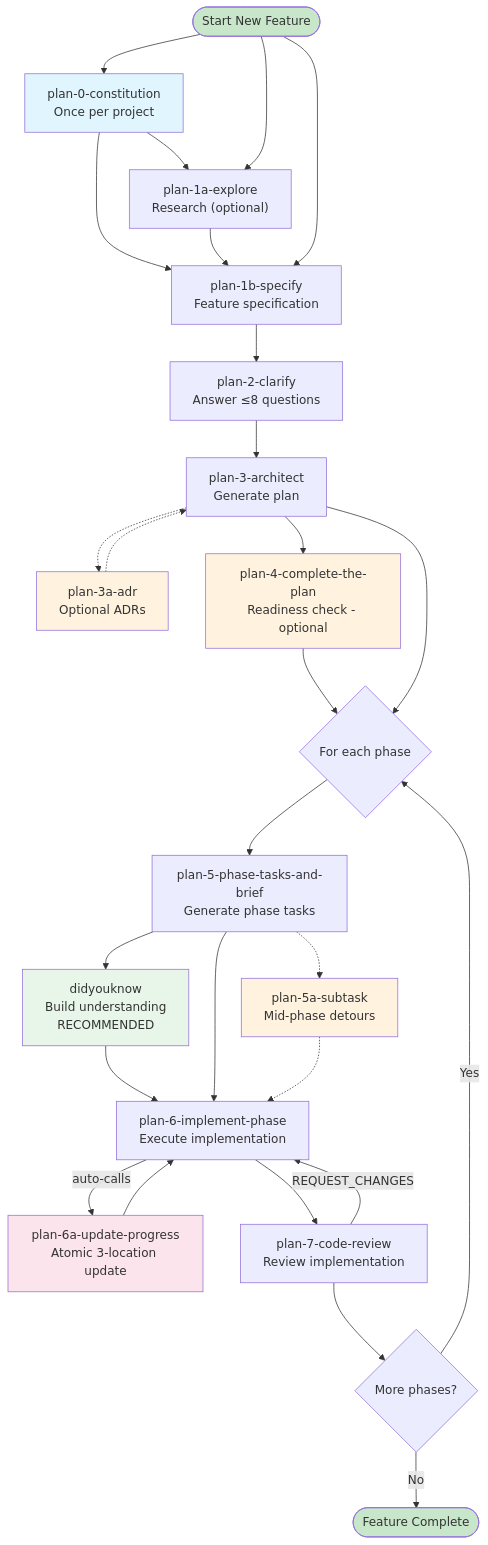
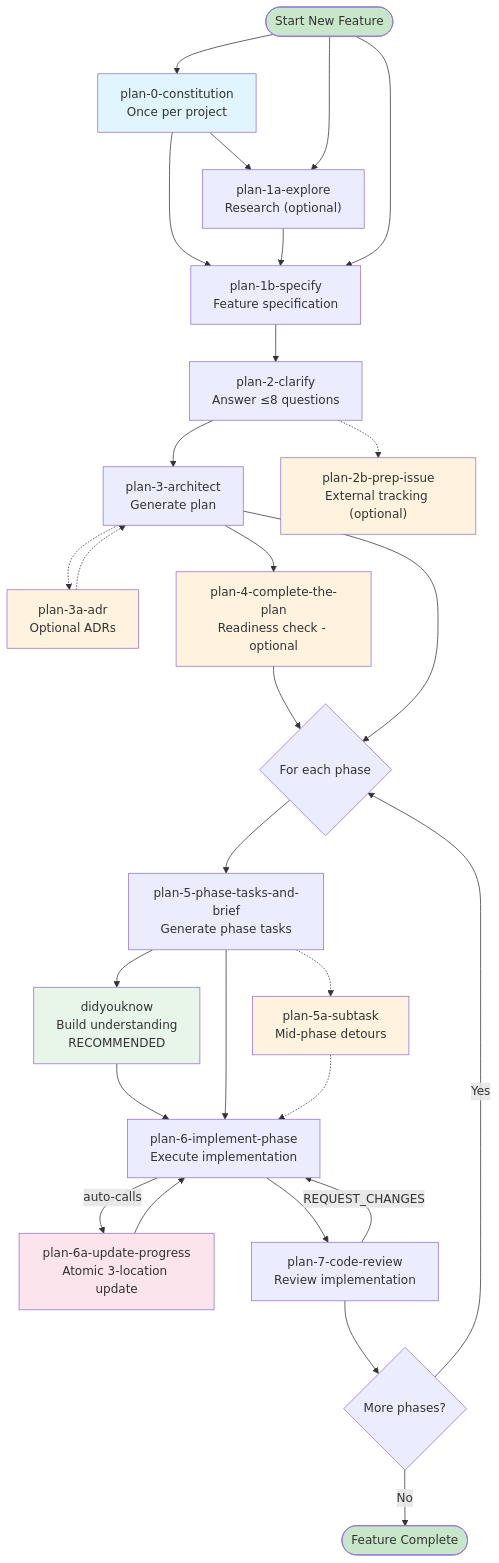
The second of 8 diagrams in agents/commands/README.md (jakkaj/tools), drawn with Mermaid before and after one commit. The commit also changed other lines of this file and 3 other files, not shown here.

Commit message:
feat: Add /plan-2b-prep-issue command to generate structured issue text for external tracking

````diff
--- a/agents/commands/README.md
+++ b/agents/commands/README.md
@@ -87,48 +87,50 @@
 ```mermaid
 graph TD
     Start([Start New Feature]) --> P0["plan-0-constitution<br/>Once per project"]
     P0 --> P1A["plan-1a-explore<br/>Research (optional)"]
     P0 --> P1B["plan-1b-specify<br/>Feature specification"]
     P1A --> P1B
     Start --> P1A
     Start --> P1B
 
     P1B --> P2["plan-2-clarify<br/>Answer ≤8 questions"]
     P2 --> P3["plan-3-architect<br/>Generate plan"]
 
+    P2 -.-> P2B["plan-2b-prep-issue<br/>External tracking (optional)"]
     P3 -.-> P3A["plan-3a-adr<br/>Optional ADRs"]
     P3A -.-> P3
 
     P3 --> P4["plan-4-complete-the-plan<br/>Readiness check - optional"]
     P4 --> PhaseLoop{For each phase}
     P3 --> PhaseLoop
 
     PhaseLoop --> P5["plan-5-phase-tasks-and-brief<br/>Generate phase tasks"]
 
     P5 --> DYK["didyouknow<br/>Build understanding<br/>RECOMMENDED"]
     DYK --> P6
     P5 --> P6["plan-6-implement-phase<br/>Execute implementation"]
 
     P5 -.-> P5A["plan-5a-subtask<br/>Mid-phase detours"]
     P5A -.-> P6
 
     P6 -->|auto-calls| P6A["plan-6a-update-progress<br/>Atomic 3-location update"]
     P6A --> P6
 
     P6 --> P7["plan-7-code-review<br/>Review implementation"]
 
     P7 --> NextPhase{More phases?}
     NextPhase -->|Yes| PhaseLoop
     NextPhase -->|No| End([Feature Complete])
 
     P7 -->|REQUEST_CHANGES| P6
 
     style P0 fill:#e1f5fe
+    style P2B fill:#fff3e0
     style P3A fill:#fff3e0
     style P4 fill:#fff3e0
     style P5A fill:#fff3e0
     style DYK fill:#e8f5e9
     style P6A fill:#fce4ec
     style Start fill:#c8e6c9
     style End fill:#c8e6c9
 ```
````
